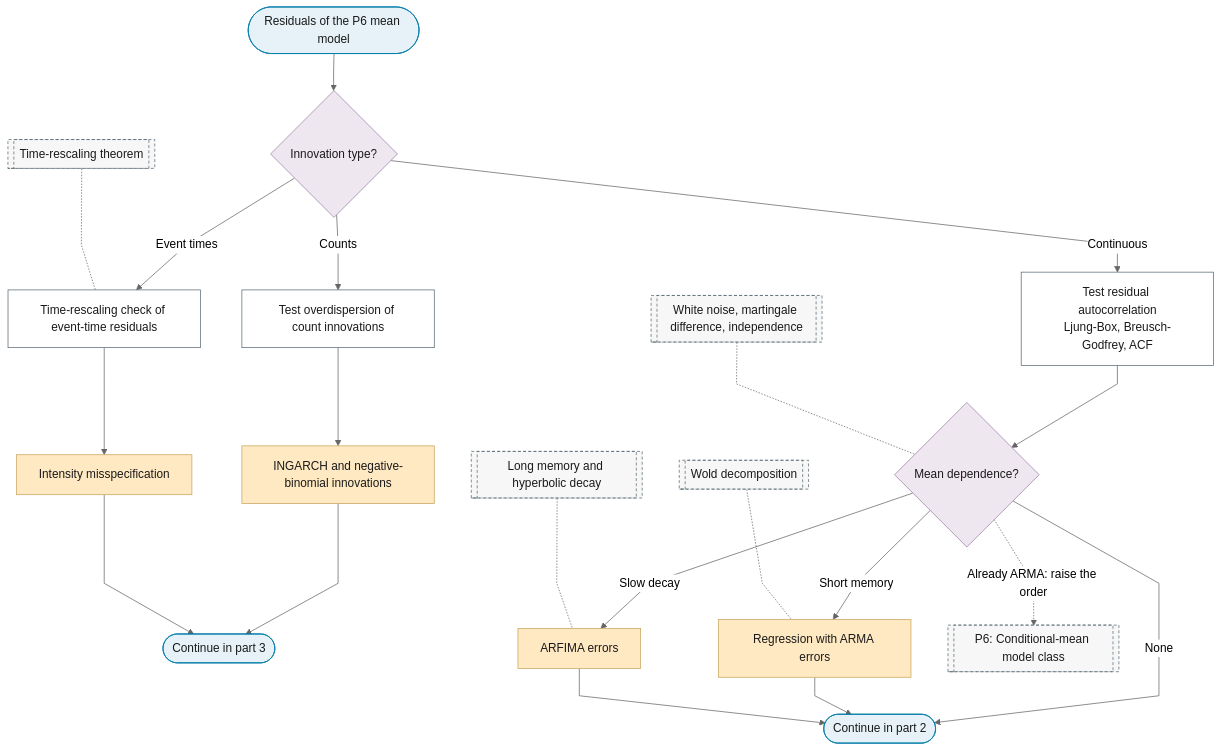
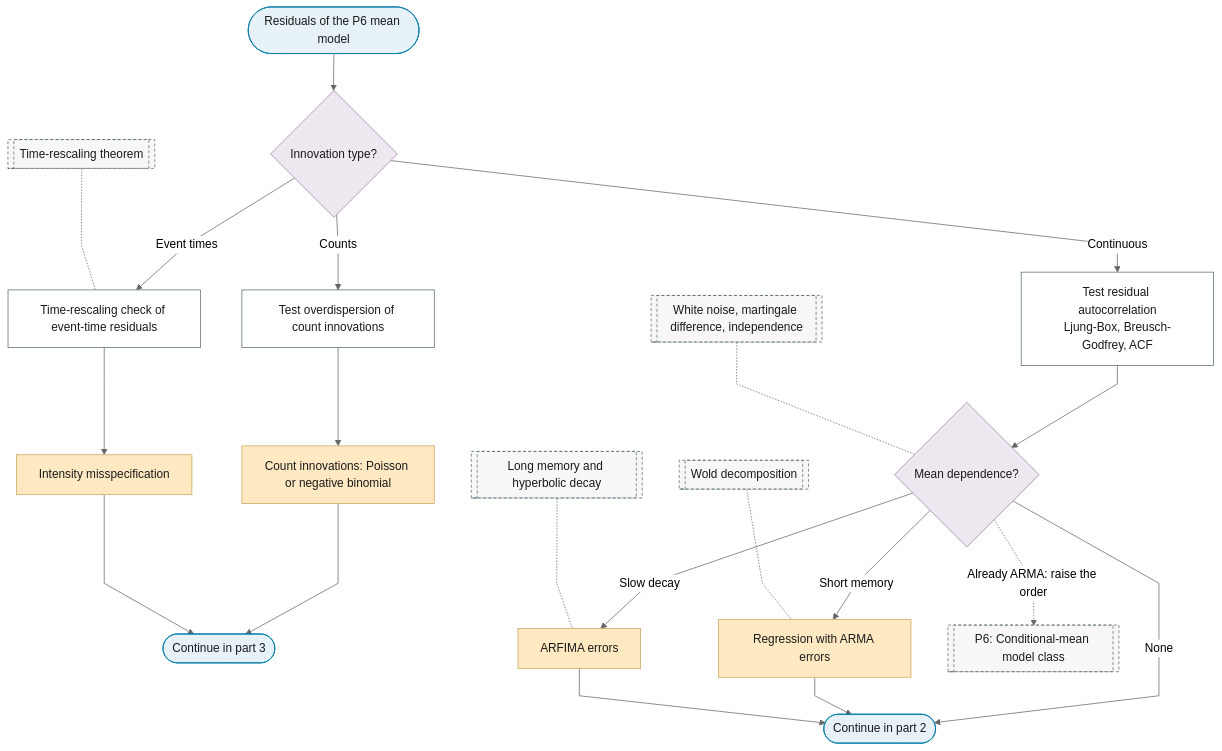
Before and after one commit to Shuxin-Y/time-series-analysis-manual: the first of 3 diagrams in docs/01-workflow/p07-error-process.md, drawn with Mermaid (neutral theme). The commit also changed 27 other files, not shown here.

First line of the commit message:
fix(flowchart): one method, one leaf

````diff
--- a/docs/01-workflow/p07-error-process.md
+++ b/docs/01-workflow/p07-error-process.md
@@ -13,34 +13,34 @@
 ```mermaid
 %%{init: {"flowchart": {"curve": "linear"}}}%%
 graph TD
     P7_IN(["Residuals of the P6 mean model"]) --> P7_TYPE{"Innovation type?"}
     P7_TYPE -->|"Continuous"| P7_MEAN_TESTS["Test residual autocorrelation<br/>Ljung-Box, Breusch-Godfrey, ACF"]
     P7_TYPE -->|"Counts"| P7_COUNT_TESTS["Test overdispersion of count innovations"]
     P7_TYPE -->|"Event times"| P7_RESCALING["Time-rescaling check of event-time residuals"]
-    P7_COUNT_TESTS --> P7_INGARCH["INGARCH and negative-binomial innovations"]
+    P7_COUNT_TESTS --> P7_INGARCH["Count innovations: Poisson or negative binomial"]
     P7_RESCALING --> P7_INTENSITY["Intensity misspecification"]
     P7_INGARCH & P7_INTENSITY --> P7_COUNTS_TO_PART_3(["Continue in part 3"])
     P7_MEAN_TESTS --> P7_MEAN_DEP{"Mean dependence?"}
     P7_MEAN_DEP -->|"None"| P7_TO_PART_2
     P7_MEAN_DEP -->|"Short memory"| P7_ARMA_ERRORS["Regression with ARMA errors"]
     P7_MEAN_DEP -->|"Slow decay"| P7_ARFIMA_ERRORS["ARFIMA errors"]
     P7_MEAN_DEP -.->|"Already ARMA: raise the order"| P6[["P6: Conditional-mean model class"]]
     P7_ARMA_ERRORS & P7_ARFIMA_ERRORS --> P7_TO_PART_2(["Continue in part 2"])
     F_WHITE_NOISE[["White noise, martingale difference, independence"]] -.- P7_MEAN_DEP
     F_WOLD[["Wold decomposition"]] -.- P7_ARMA_ERRORS
     F_LONG_MEMORY[["Long memory and hyperbolic decay"]] -.- P7_ARFIMA_ERRORS
     F_TIME_RESCALING[["Time-rescaling theorem"]] -.- P7_RESCALING
     class P7_IN,P7_TO_PART_2,P7_COUNTS_TO_PART_3 terminator
     class P7_TYPE,P7_MEAN_DEP decision
     class P7_MEAN_TESTS,P7_COUNT_TESTS,P7_RESCALING process
     class P7_ARMA_ERRORS,P7_ARFIMA_ERRORS,P7_INGARCH,P7_INTENSITY escalate
     class P6,F_WHITE_NOISE,F_WOLD,F_LONG_MEMORY,F_TIME_RESCALING ref
     classDef terminator fill:#E6F2F7,stroke:#007BA7,color:#1A1A1A;
     classDef process fill:#FFFFFF,stroke:#5A6B73,color:#1A1A1A;
     classDef decision fill:#EFE7F0,stroke:#9B7FA7,color:#1A1A1A;
     classDef data fill:#FFF4E0,stroke:#C9A55E,color:#1A1A1A;
     classDef good fill:#DCEFD8,stroke:#4A7A3F,color:#1A1A1A;
     classDef escalate fill:#FFE9C2,stroke:#C9A55E,color:#1A1A1A;
     classDef problem fill:#F2D9DE,stroke:#800020,color:#1A1A1A;
     classDef ref fill:#F7F7F7,stroke:#5A6B73,color:#1A1A1A,stroke-dasharray:4 3;
 ```
````
